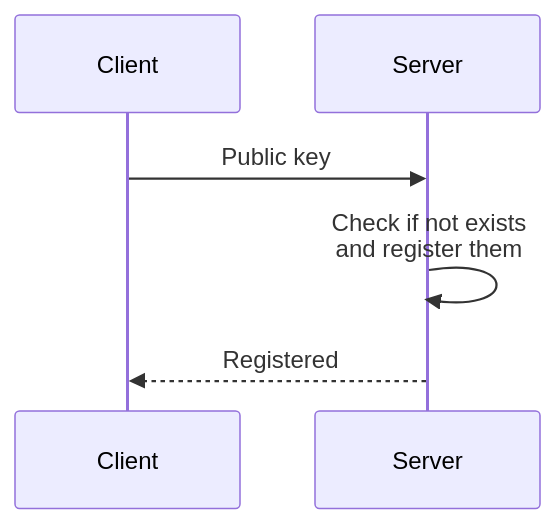
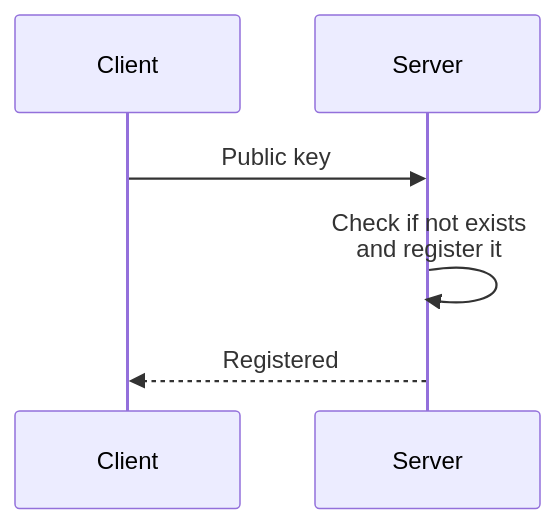
The first of 4 diagrams in README.md (liplum/ChatIsland), drawn with Mermaid before and after one commit. The commit also changed 4 other files, not shown here.

````diff
--- a/README.md
+++ b/README.md
@@ -12,8 +12,8 @@
 ```mermaid
 sequenceDiagram
     participant Client
     participant Server
     Client->>Server: Public key
-    Server->>Server: Check if not exists <br/> and register them
+    Server->>Server: Check if not exists <br/> and register it
     Server-->>Client: Registered
 ```
````
